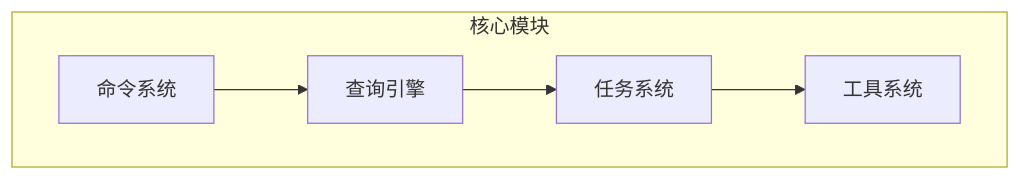
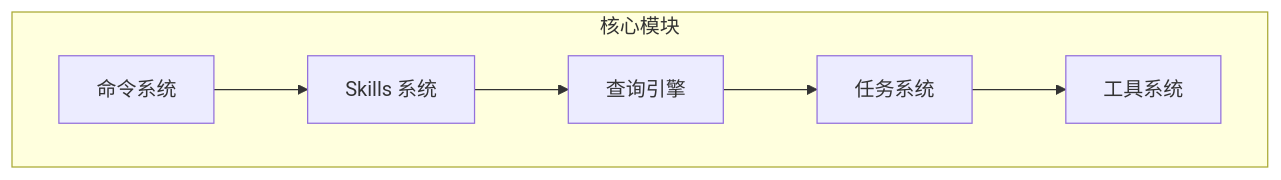
One commit to niuma996/claude-code-sourcemap-wiki changed the diagram in .nium-wiki/wiki/core/_index.md. Above: the diagram before and after it, drawn with Mermaid. The commit also changed other lines of this file and 19 other files, not shown here.

````diff
--- a/.nium-wiki/wiki/core/_index.md
+++ b/.nium-wiki/wiki/core/_index.md
@@ -17,12 +18,14 @@
 ```mermaid
 flowchart TB
     subgraph Core ["核心模块"]
         Commands[命令系统]
+        Skills[Skills 系统]
         Query[查询引擎]
         Tools[工具系统]
         Task[任务系统]
     end
-    Commands --> Query
+    Commands --> Skills
+    Skills --> Query
     Query --> Task
     Task --> Tools
 ```
````
